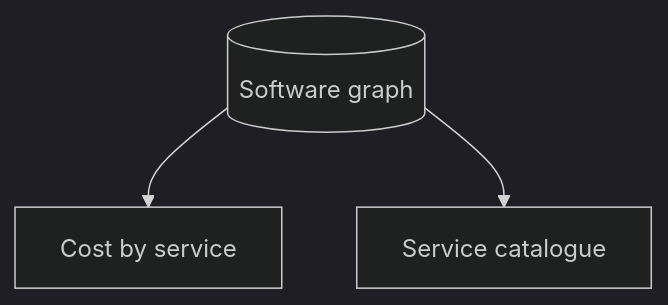
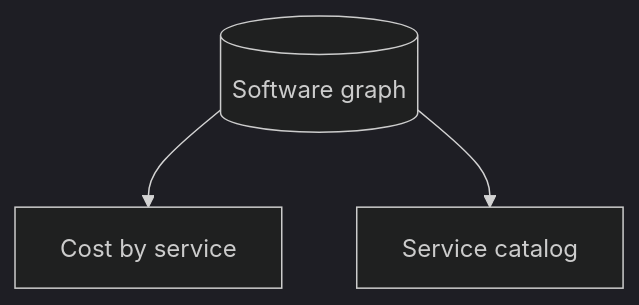
The diagram in docs/roadmap/beyond.md (JK-Magic-Creations/launchway), drawn with Mermaid (dark theme) before and after one commit. The commit also changed other lines of this file and 25 other files, not shown here.

````diff
--- a/docs/roadmap/beyond.md
+++ b/docs/roadmap/beyond.md
@@ -24,5 +24,5 @@
 ```mermaid
 flowchart TD
   Graph[("Software graph")] --> Cost["Cost by service"]
-  Graph --> Portal["Service catalogue"]
+  Graph --> Portal["Service catalog"]
 ```
````
